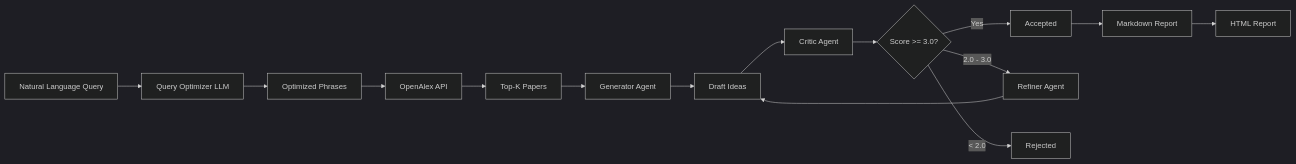
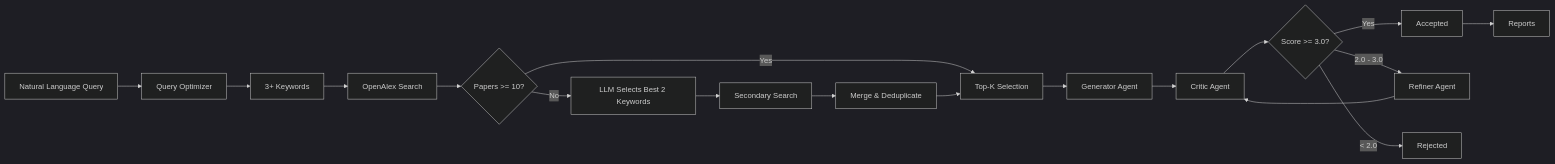
The diagram in README.md (eastsea17/Research_Multi-Agents_with_Ollama), drawn with Mermaid (dark theme) before and after one commit. The commit also changed other lines of this file and 7 other files, not shown here.

````diff
--- a/README.md
+++ b/README.md
@@ -26,17 +27,20 @@
 ```mermaid
 graph LR
-    A[Natural Language Query] --> B[Query Optimizer LLM]
-    B --> C[Optimized Phrases]
-    C --> D[OpenAlex API]
-    D --> E[Top-K Papers]
-    E --> F[Generator Agent]
-    F --> G[Draft Ideas]
-    G --> H[Critic Agent]
-    H --> I{Score >= 3.0?}
-    I -->|Yes| J[Accepted]
-    I -->|2.0 - 3.0| K[Refiner Agent]
-    I -->|< 2.0| L[Rejected]
-    K --> G
-    J --> M[Markdown Report]
-    M --> N[HTML Report]
+    A[Natural Language Query] --> B[Query Optimizer]
+    B --> C[3+ Keywords]
+    C --> D[OpenAlex Search]
+    D --> E{Papers >= 10?}
+    E -->|Yes| G[Top-K Selection]
+    E -->|No| F[LLM Selects Best 2 Keywords]
+    F --> H[Secondary Search]
+    H --> I[Merge & Deduplicate]
+    I --> G
+    G --> J[Generator Agent]
+    J --> K[Critic Agent]
+    K --> L{Score >= 3.0?}
+    L -->|Yes| M[Accepted]
+    L -->|2.0 - 3.0| N[Refiner Agent]
+    L -->|< 2.0| O[Rejected]
+    N --> K
+    M --> P[Reports]
 ```
````
